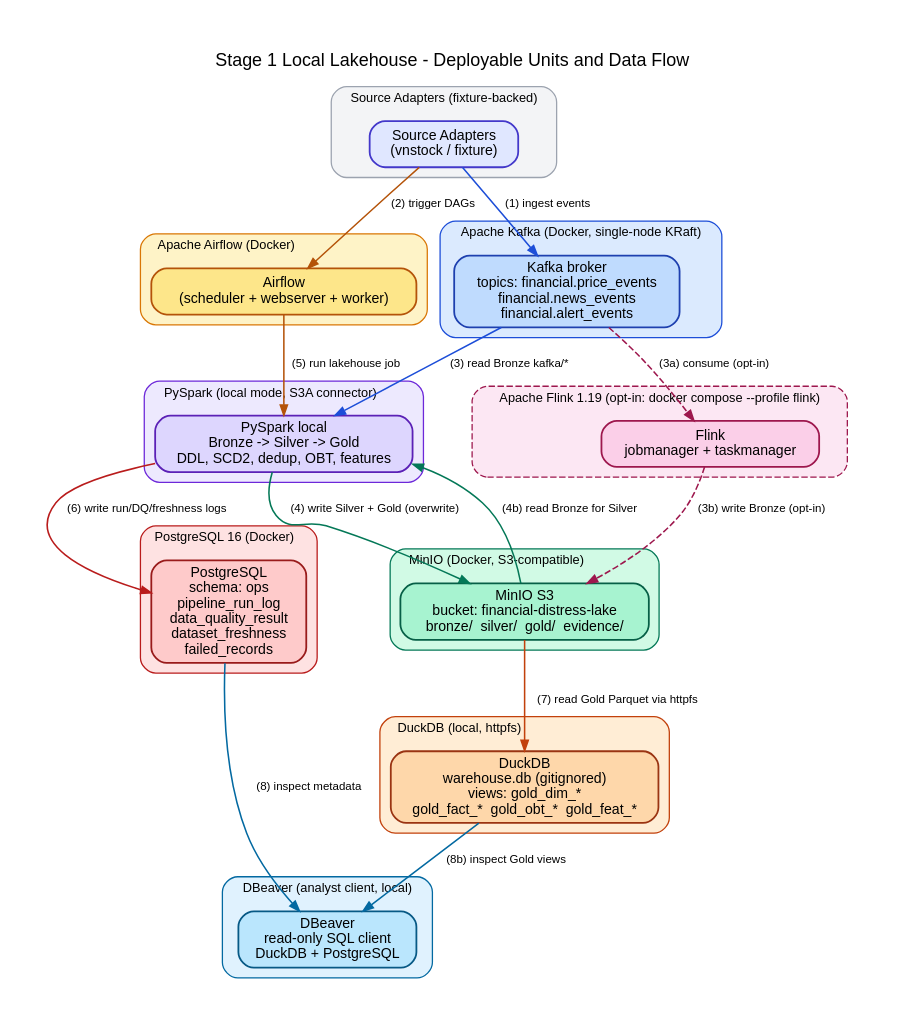
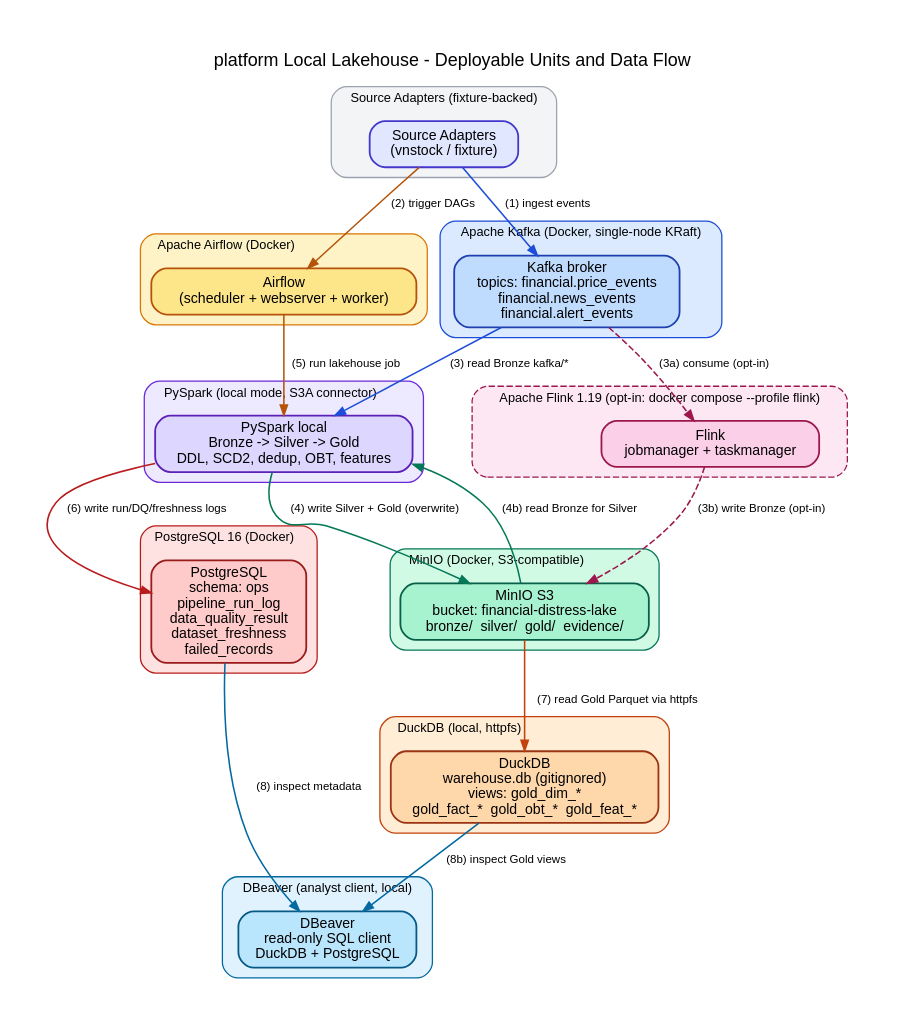
One commit to emanhthangngot/Financial-Distress-Data changed the diagram in images/architecture/system_deployment_diagram.dot. Above: the diagram before and after it, drawn with Graphviz. The commit also changed 114 other files, not shown here.

```diff
--- a/images/architecture/system_deployment_diagram.dot
+++ b/images/architecture/system_deployment_diagram.dot
@@ -1,159 +1,159 @@
 digraph W22Deployment {
     graph [
         rankdir=TB,
         fontname="Helvetica",
         fontsize=14,
-        label="Stage 1 Local Lakehouse - Deployable Units and Data Flow",
+        label="platform Local Lakehouse - Deployable Units and Data Flow",
         labelloc=t,
         pad=0.4,
         nodesep=0.4,
         ranksep=0.65,
         bgcolor="white",
         splines=true
     ];
     node [
         fontname="Helvetica",
         fontsize=11,
         shape=box,
         style="rounded,filled",
         color="#1f2937",
         penwidth=1.4
     ];
     edge [
         fontname="Helvetica",
         fontsize=9,
         color="#1f2937",
         penwidth=1.2,
         arrowsize=0.8
     ];
 
     subgraph cluster_collectors {
         label="Source Adapters (fixture-backed)";
         style="rounded,filled";
         fillcolor="#f3f4f6";
         color="#9ca3af";
         fontname="Helvetica";
         fontsize=10;
         labeljust=l;
         collectors [label="Source Adapters\n(vnstock / fixture)", fillcolor="#e0e7ff", color="#4338ca"];
     }
 
     subgraph cluster_airflow {
         label="Apache Airflow (Docker)";
         style="rounded,filled";
         fillcolor="#fef3c7";
         color="#d97706";
         fontname="Helvetica";
         fontsize=10;
         labeljust=l;
         airflow [label="Airflow\n(scheduler + webserver + worker)", fillcolor="#fde68a", color="#b45309"];
     }
 
     subgraph cluster_kafka {
         label="Apache Kafka (Docker, single-node KRaft)";
         style="rounded,filled";
         fillcolor="#dbeafe";
         color="#1d4ed8";
         fontname="Helvetica";
         fontsize=10;
         labeljust=l;
         kafka [label="Kafka broker\ntopics: financial.price_events\nfinancial.news_events\nfinancial.alert_events", fillcolor="#bfdbfe", color="#1e40af"];
     }
 
     subgraph cluster_flink {
         label="Apache Flink 1.19 (opt-in: docker compose --profile flink)";
         style="rounded,filled";
         fillcolor="#fce7f3";
         color="#9d174d";
         fontname="Helvetica";
         fontsize=10;
         style="rounded,filled,dashed";
         labeljust=l;
         flink [label="Flink\njobmanager + taskmanager", fillcolor="#fbcfe8", color="#9d174d"];
     }
 
     subgraph cluster_minio {
         label="MinIO (Docker, S3-compatible)";
         style="rounded,filled";
         fillcolor="#d1fae5";
         color="#047857";
         fontname="Helvetica";
         fontsize=10;
         labeljust=l;
         minio [
             label="MinIO S3\nbucket: financial-distress-lake\nbronze/  silver/  gold/  evidence/",
             fillcolor="#a7f3d0",
             color="#065f46"
         ];
     }
 
     subgraph cluster_spark {
         label="PySpark (local mode, S3A connector)";
         style="rounded,filled";
         fillcolor="#ede9fe";
         color="#6d28d9";
         fontname="Helvetica";
         fontsize=10;
         labeljust=l;
         spark [label="PySpark local\nBronze -> Silver -> Gold\nDDL, SCD2, dedup, OBT, features", fillcolor="#ddd6fe", color="#5b21b6"];
     }
 
     subgraph cluster_postgres {
         label="PostgreSQL 16 (Docker)";
         style="rounded,filled";
         fillcolor="#fee2e2";
         color="#b91c1c";
         fontname="Helvetica";
         fontsize=10;
         labeljust=l;
         postgres [
             label="PostgreSQL\nschema: ops\npipeline_run_log\ndata_quality_result\ndataset_freshness\nfailed_records",
             fillcolor="#fecaca",
             color="#991b1b"
         ];
     }
 
     subgraph cluster_duckdb {
         label="DuckDB (local, httpfs)";
         style="rounded,filled";
         fillcolor="#ffedd5";
         color="#c2410c";
         fontname="Helvetica";
         fontsize=10;
         labeljust=l;
         duckdb [
             label="DuckDB\nwarehouse.db (gitignored)\nviews: gold_dim_*\ngold_fact_*  gold_obt_*  gold_feat_*",
             fillcolor="#fed7aa",
             color="#9a3412"
         ];
     }
 
     subgraph cluster_dbeaver {
         label="DBeaver (analyst client, local)";
         style="rounded,filled";
         fillcolor="#e0f2fe";
         color="#0369a1";
         fontname="Helvetica";
         fontsize=10;
         labeljust=l;
         dbeaver [label="DBeaver\nread-only SQL client\nDuckDB + PostgreSQL", fillcolor="#bae6fd", color="#075985"];
     }
 
     collectors -> kafka [label="(1) ingest events", color="#1d4ed8"];
     collectors -> airflow [label="(2) trigger DAGs", color="#b45309"];
 
     kafka -> flink [label="(3a) consume (opt-in)", style=dashed, color="#9d174d"];
     flink -> minio [label="(3b) write Bronze (opt-in)", style=dashed, color="#9d174d"];
 
     kafka -> spark [label="(3) read Bronze kafka/*", color="#1d4ed8"];
     minio -> spark [label="(4b) read Bronze for Silver", color="#047857"];
     spark -> minio [label="(4) write Silver + Gold (overwrite)", color="#047857"];
 
     airflow -> spark [label="(5) run lakehouse job", color="#b45309"];
     spark -> postgres [label="(6) write run/DQ/freshness logs", color="#b91c1c"];
 
     minio -> duckdb [label="(7) read Gold Parquet via httpfs", color="#c2410c"];
 
     postgres -> dbeaver [label="(8) inspect metadata", color="#0369a1"];
     duckdb -> dbeaver [label="(8b) inspect Gold views", color="#0369a1"];
 }
```
